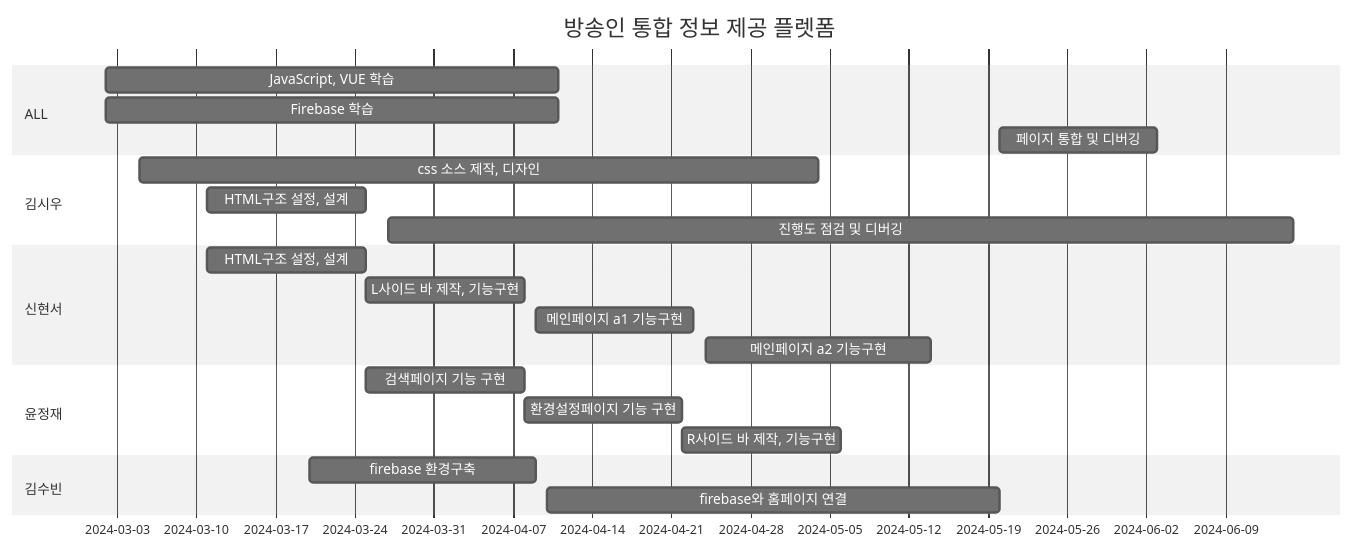
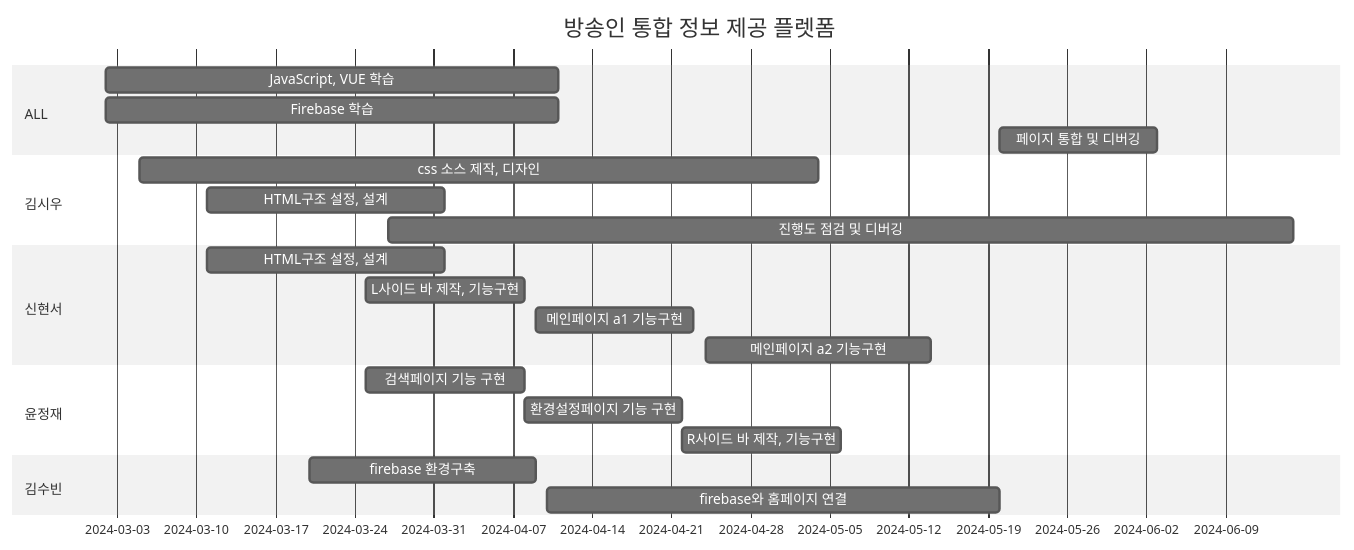
One commit to kimsiwoo12/kimsiwoo12 changed the diagram in README.md. Above: the diagram before and after it, drawn with Mermaid (neutral theme).

````diff
--- a/README.md
+++ b/README.md
@@ -8,30 +8,30 @@
 ```mermaid
 gantt
     title 방송인 통합 정보 제공 플렛폼
     dateFormat  YYYY-MM-DD
 
     section ALL
     JavaScript, VUE 학습     :a1, 2024-03-02, 40d
     Firebase 학습            :a2, 2024-03-02, 40d
     페이지 통합 및 디버깅    :a3, 2024-05-20, 14d
 
     section 김시우
     css 소스 제작, 디자인    :a1, 2024-03-05, 60d
-    HTML구조 설정, 설계      :a2, 2024-03-11, 14d
+    HTML구조 설정, 설계      :a2, 2024-03-11, 21d
     진행도 점검 및 디버깅    :a3, 2024-03-27, 80d
 
     section 신현서
-    HTML구조 설정, 설계         :a1, 2024-03-11, 14d
+    HTML구조 설정, 설계         :a1, 2024-03-11, 21d
     L사이드 바 제작, 기능구현   :a2, 2024-03-25, 14d
     메인페이지 a1 기능구현      :a3, 2024-04-09, 14d
     메인페이지 a2 기능구현      :a4, 2024-04-24, 20d
 
     section 윤정재
     검색페이지 기능 구현          :a1, 2024-03-25, 14d
     환경설정페이지 기능 구현      :a2, 2024-04-08, 14d
     R사이드 바 제작, 기능구현     :a3, 2024-04-22, 14d
 
     section 김수빈
     firebase 환경구축        :a1, 2024-03-20, 20d
     firebase와 홈페이지 연결 :a2, 2024-04-10, 40d
 ```
````
